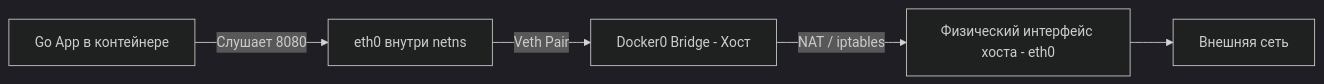
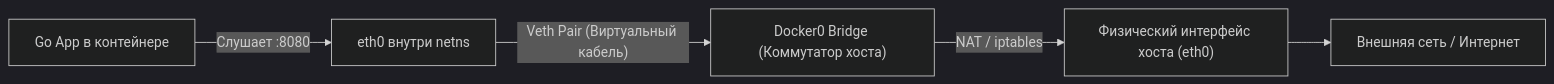
The third of 3 diagrams in sources/19. Инфраструктура. Linux, nginx, Docker, Kubernetes/01. Linux/6. Networking в Linux.md (UnrealTemplier/go-textbook), drawn with Mermaid (dark theme) before and after one commit. The commit also changed other lines of this file, not shown here.

````diff
--- a/sources/19. Инфраструктура. Linux, nginx, Docker, Kubernetes/01. Linux/6. Networking в Linux.md
+++ b/sources/19. Инфраструктура. Linux, nginx, Docker, Kubernetes/01. Linux/6. Networking в Linux.md
@@ -74,7 +139,7 @@
 ```mermaid
 flowchart LR
-    A["Go App в контейнере"] -->|"Слушает 8080"| B["eth0 внутри netns"]
-    B -->|"Veth Pair"| C["Docker0 Bridge - Хост"]
-    C -->|"NAT / iptables"| D["Физический интерфейс хоста - eth0"]
-    D --> E["Внешняя сеть"]
+    A["Go App в контейнере"] -->|"Слушает :8080"| B["eth0 внутри netns"]
+    B -->|"Veth Pair (Виртуальный кабель)"| C["Docker0 Bridge (Коммутатор хоста)"]
+    C -->|"NAT / iptables"| D["Физический интерфейс хоста (eth0)"]
+    D --> E["Внешняя сеть / Интернет"]
 ```
````
